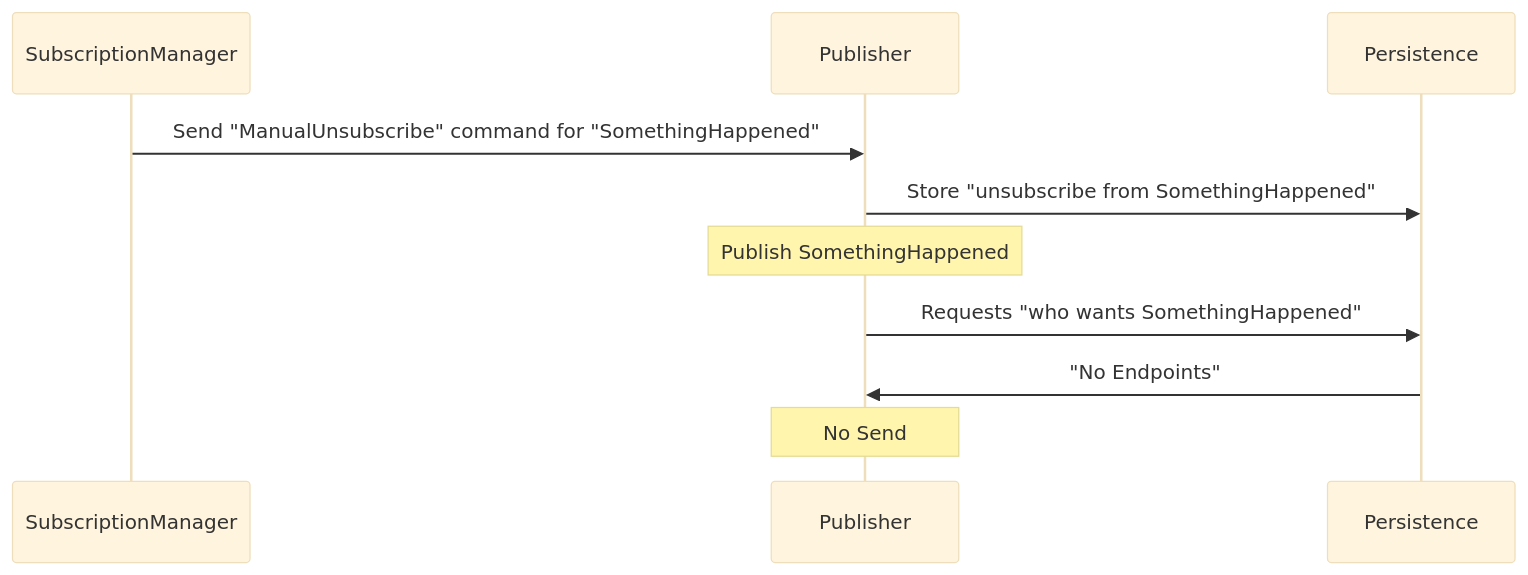
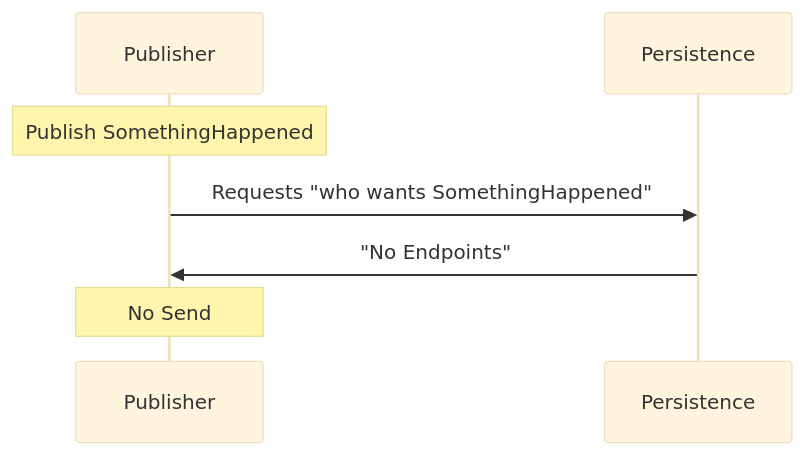
One commit to Particular/docs.particular.net changed the third of 3 diagrams in samples/manual-unsubscribe/sample.md. Above: the diagram before and after it, drawn with Mermaid (base theme). The commit also changed other lines of this file, not shown here.

````diff
--- a/samples/manual-unsubscribe/sample.md
+++ b/samples/manual-unsubscribe/sample.md
@@ -51,12 +62,9 @@
 ```mermaid
 sequenceDiagram
-Participant SubscriptionManager AS SubscriptionManager
 Participant Publisher
 Participant Persistence
-SubscriptionManager ->> Publisher: Send "ManualUnsubscribe" command for "SomethingHappened" 
-Publisher ->> Persistence: Store "unsubscribe from SomethingHappened"
 Note over Publisher: Publish SomethingHappened
 Publisher ->> Persistence: Requests "who wants SomethingHappened"
 Persistence ->> Publisher: "No Endpoints"
 Note over Publisher: No Send
 ```
````
